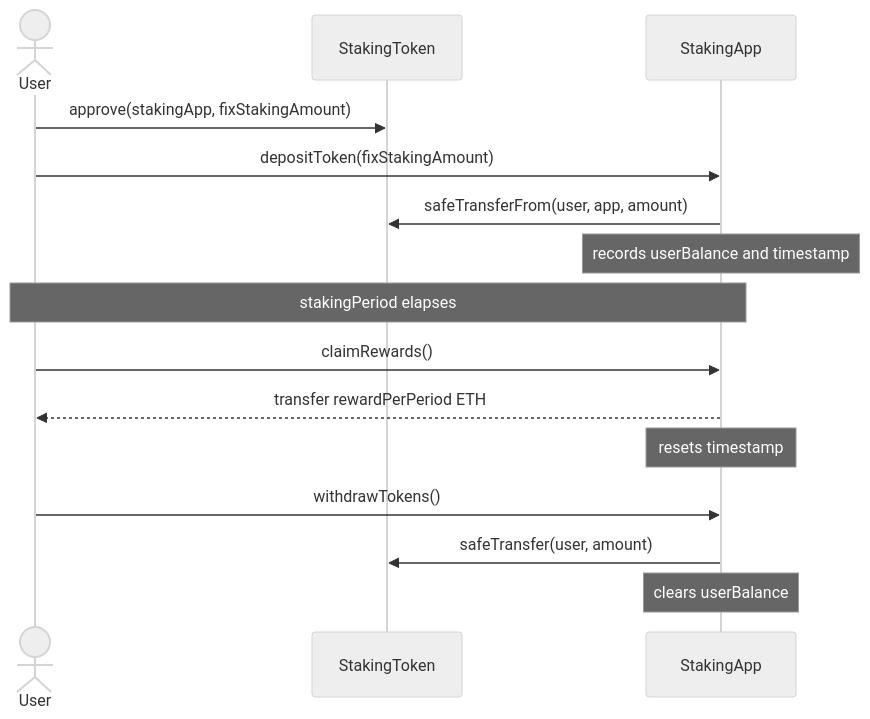
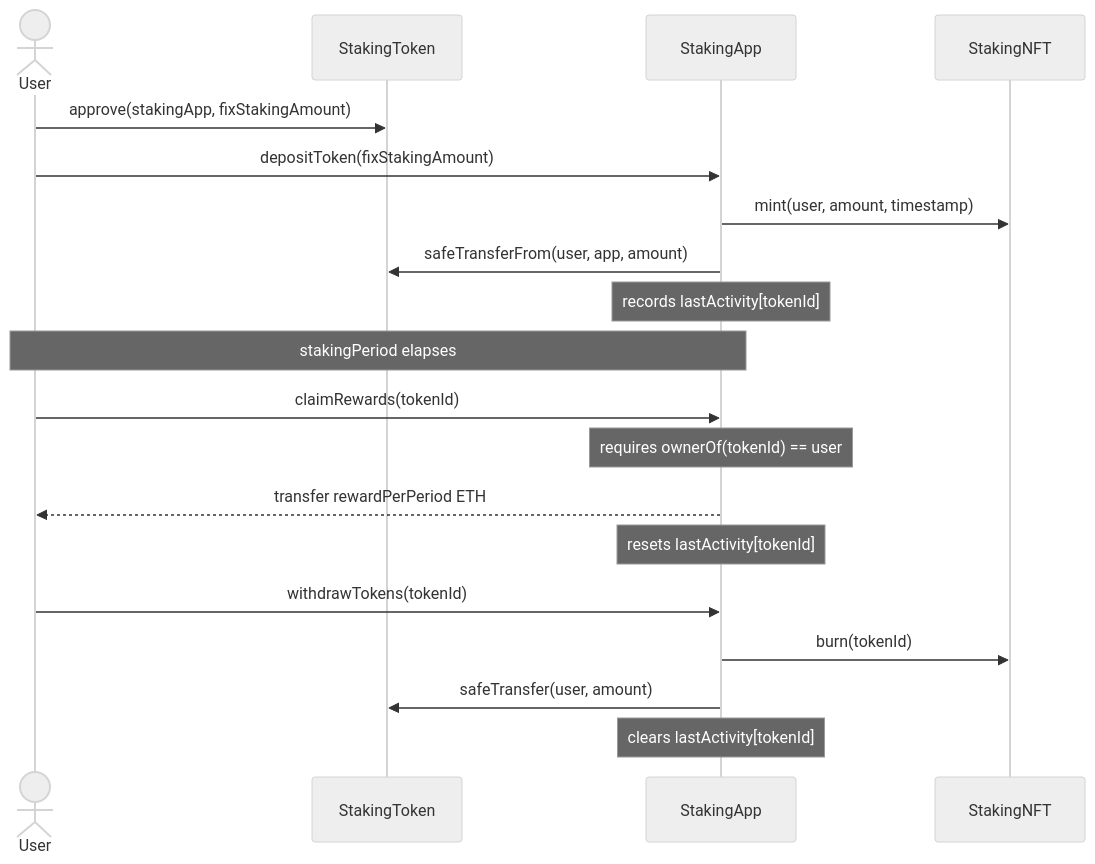
Before and after one commit to sergiiogg7/staking-protocol: the second of 2 diagrams in README.md, drawn with Mermaid (neutral theme). The commit also changed other lines of this file and 12 other files, not shown here.

First line of the commit message:
feat: make position NFT a bearer instrument and deploy it from StakingApp

````diff
--- a/README.md
+++ b/README.md
@@ -42,21 +44,25 @@
 ```mermaid
 sequenceDiagram
     actor User
     participant StakingToken
     participant StakingApp
+    participant StakingNFT
 
     User->>StakingToken: approve(stakingApp, fixStakingAmount)
     User->>StakingApp: depositToken(fixStakingAmount)
+    StakingApp->>StakingNFT: mint(user, amount, timestamp)
     StakingApp->>StakingToken: safeTransferFrom(user, app, amount)
-    Note over StakingApp: records userBalance and timestamp
+    Note over StakingApp: records lastActivity[tokenId]
 
     Note over User,StakingApp: stakingPeriod elapses
 
-    User->>StakingApp: claimRewards()
+    User->>StakingApp: claimRewards(tokenId)
+    Note over StakingApp: requires ownerOf(tokenId) == user
     StakingApp-->>User: transfer rewardPerPeriod ETH
-    Note over StakingApp: resets timestamp
+    Note over StakingApp: resets lastActivity[tokenId]
 
-    User->>StakingApp: withdrawTokens()
+    User->>StakingApp: withdrawTokens(tokenId)
+    StakingApp->>StakingNFT: burn(tokenId)
     StakingApp->>StakingToken: safeTransfer(user, amount)
-    Note over StakingApp: clears userBalance
+    Note over StakingApp: clears lastActivity[tokenId]
 ```
````
